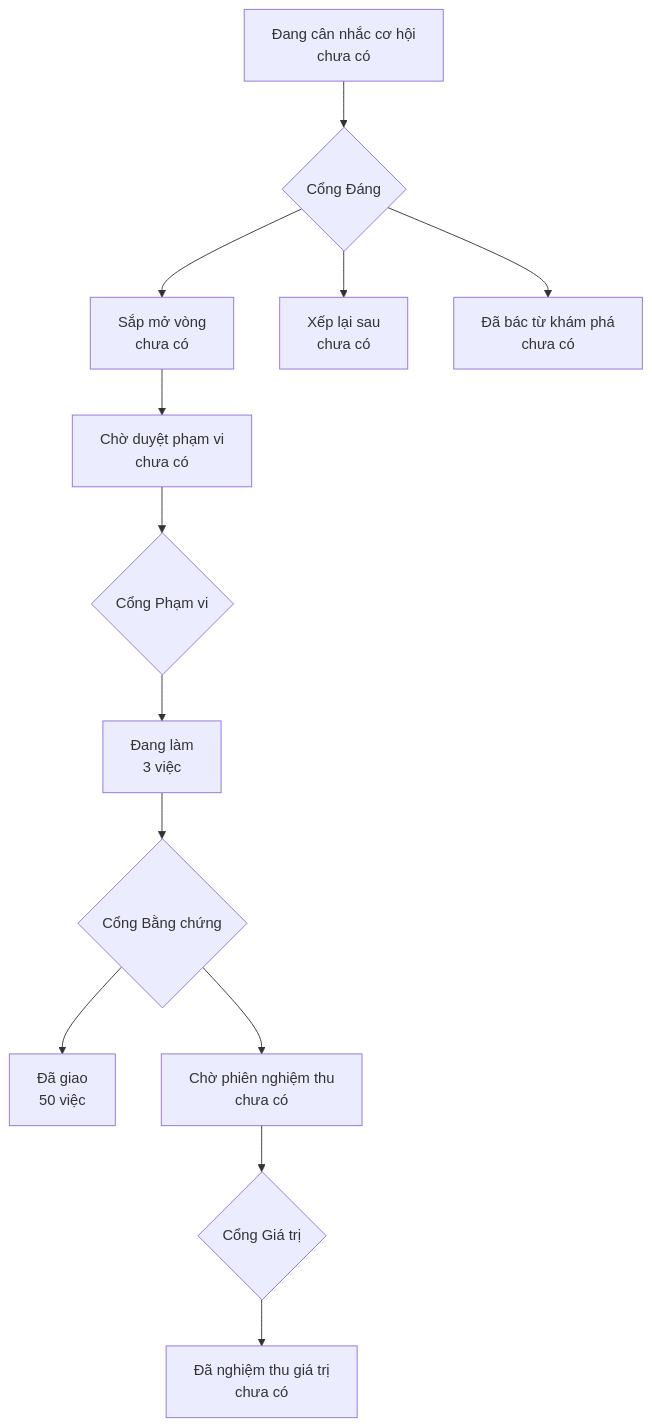
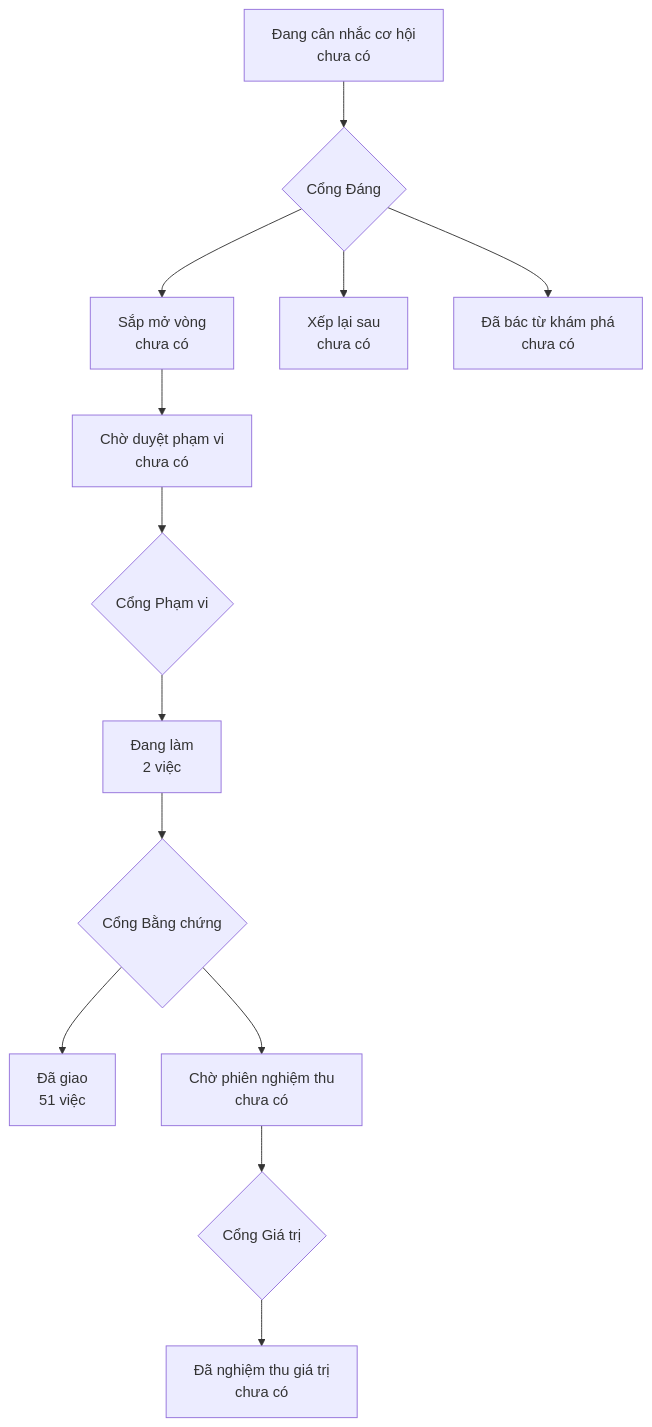
One commit to phanlemanh/acceptance-gate-kit changed the diagram in PRODUCT-MAP.md. Above: the diagram before and after it, drawn with Mermaid. The commit also changed 3 other files, not shown here.

First line of the commit message:
signoff(lan-v-khong-phai-cho-ky): Manh 2026-08-21 — Cổng Bằng chứng; bản đồ vẽ lại

````diff
--- a/PRODUCT-MAP.md
+++ b/PRODUCT-MAP.md
@@ -6,12 +6,12 @@
 ```mermaid
 flowchart TD
   A["Đang cân nhắc cơ hội<br/>chưa có"] --> GD{"Cổng Đáng"}
   GD --> B["Sắp mở vòng<br/>chưa có"]
   GD --> XL["Xếp lại sau<br/>chưa có"]
   GD --> DB["Đã bác từ khám phá<br/>chưa có"]
   B --> CD["Chờ duyệt phạm vi<br/>chưa có"] --> GP{"Cổng Phạm vi"}
-  GP --> DL["Đang làm<br/>3 việc"] --> GB{"Cổng Bằng chứng"}
-  GB --> DG["Đã giao<br/>50 việc"]
+  GP --> DL["Đang làm<br/>2 việc"] --> GB{"Cổng Bằng chứng"}
+  GB --> DG["Đã giao<br/>51 việc"]
   GB --> CN["Chờ phiên nghiệm thu<br/>chưa có"] --> GG{"Cổng Giá trị"}
   GG --> NT["Đã nghiệm thu giá trị<br/>chưa có"]
 ```
````
